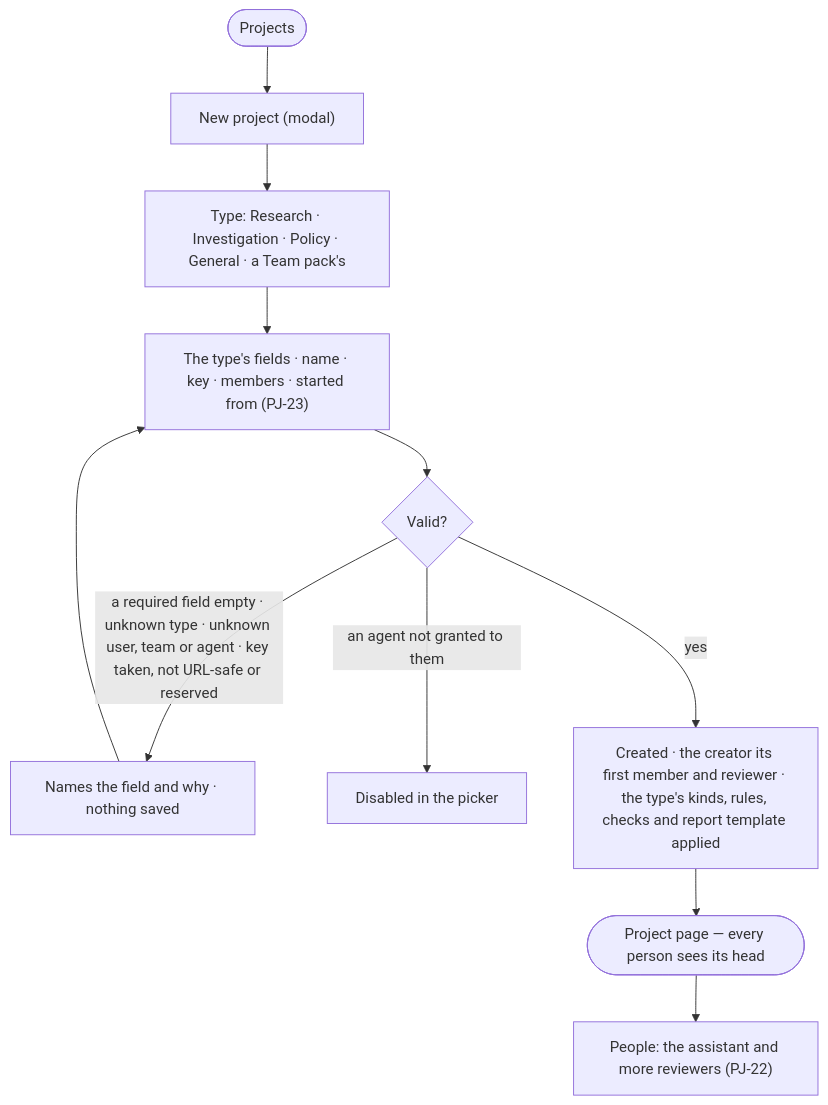
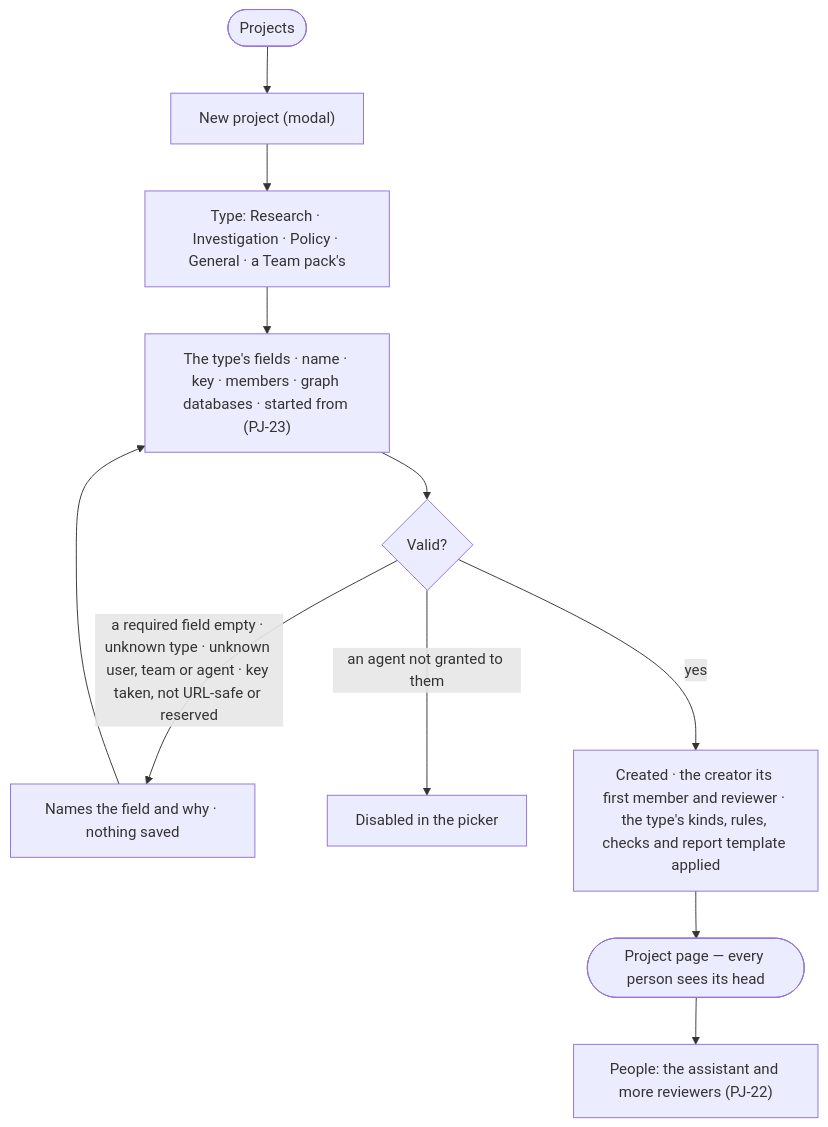
Before and after one commit to invana/invana: the diagram in specs/capabilities/projects/features/PJ-F01-projects-and-tasks/stories/PJ-02-start-a-project-of-its-type/story.md, drawn with Mermaid. The commit also changed other lines of this file and 54 other files, not shown here.

First line of the commit message:
docs(specs): many graph databases by access, links within one database, Model views restored

````diff
--- a/specs/capabilities/projects/features/PJ-F01-projects-and-tasks/stories/PJ-02-start-a-project-of-its-type/story.md
+++ b/specs/capabilities/projects/features/PJ-F01-projects-and-tasks/stories/PJ-02-start-a-project-of-its-type/story.md
@@ -30,12 +30,12 @@
 ```mermaid
 flowchart TD
   s([Projects]) --> n["New project (modal)"]
   n --> t["Type: Research · Investigation · Policy · General · a Team pack's"]
-  t --> f["The type's fields · name · key · members · started from (PJ-23)"]
+  t --> f["The type's fields · name · key · members · graph databases · started from (PJ-23)"]
   f --> v{"Valid?"}
   v -->|a required field empty · unknown type · unknown user, team or agent · key taken, not URL-safe or reserved| ref["Names the field and why · nothing saved"] --> f
   v -->|an agent not granted to them| na["Disabled in the picker"]
   v -->|yes| g["Created · the creator its first member and reviewer · the type's kinds, rules, checks and report template applied"]
   g --> pg(["Project page — every person sees its head"])
   pg --> ppl["People: the assistant and more reviewers (PJ-22)"]
 ```
````
